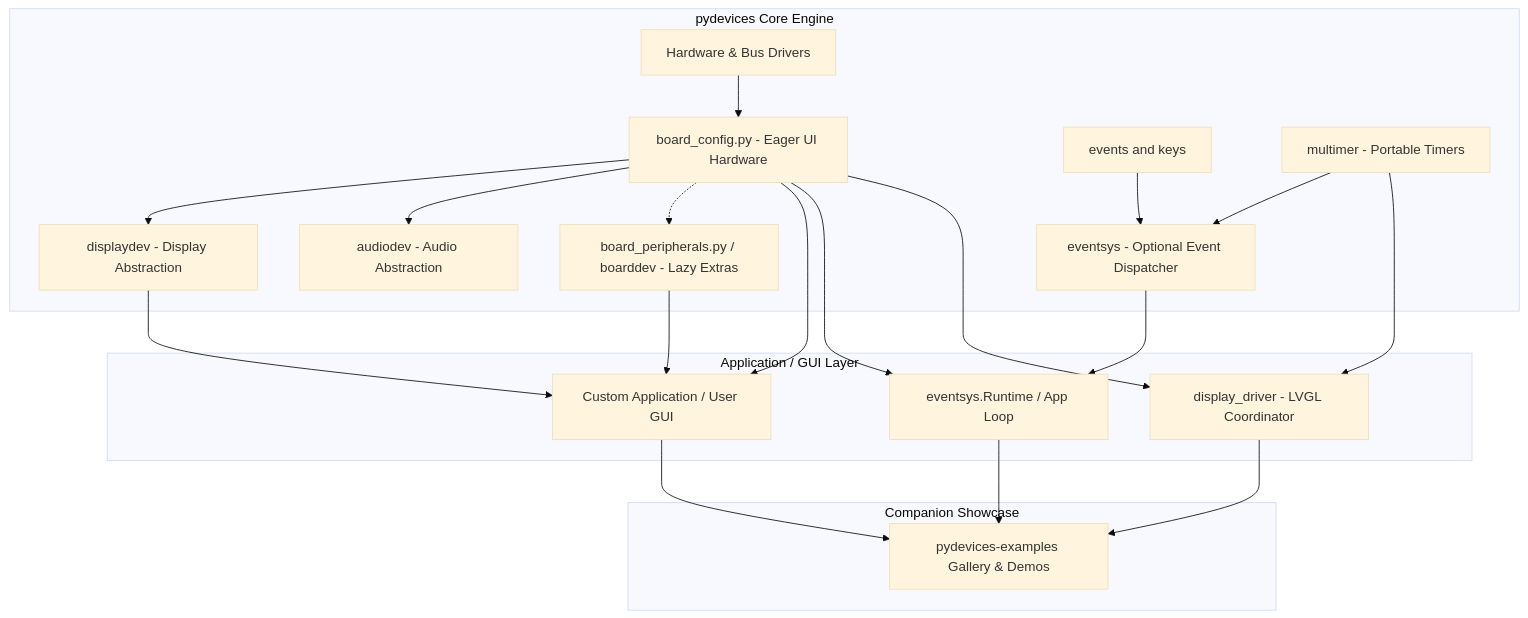
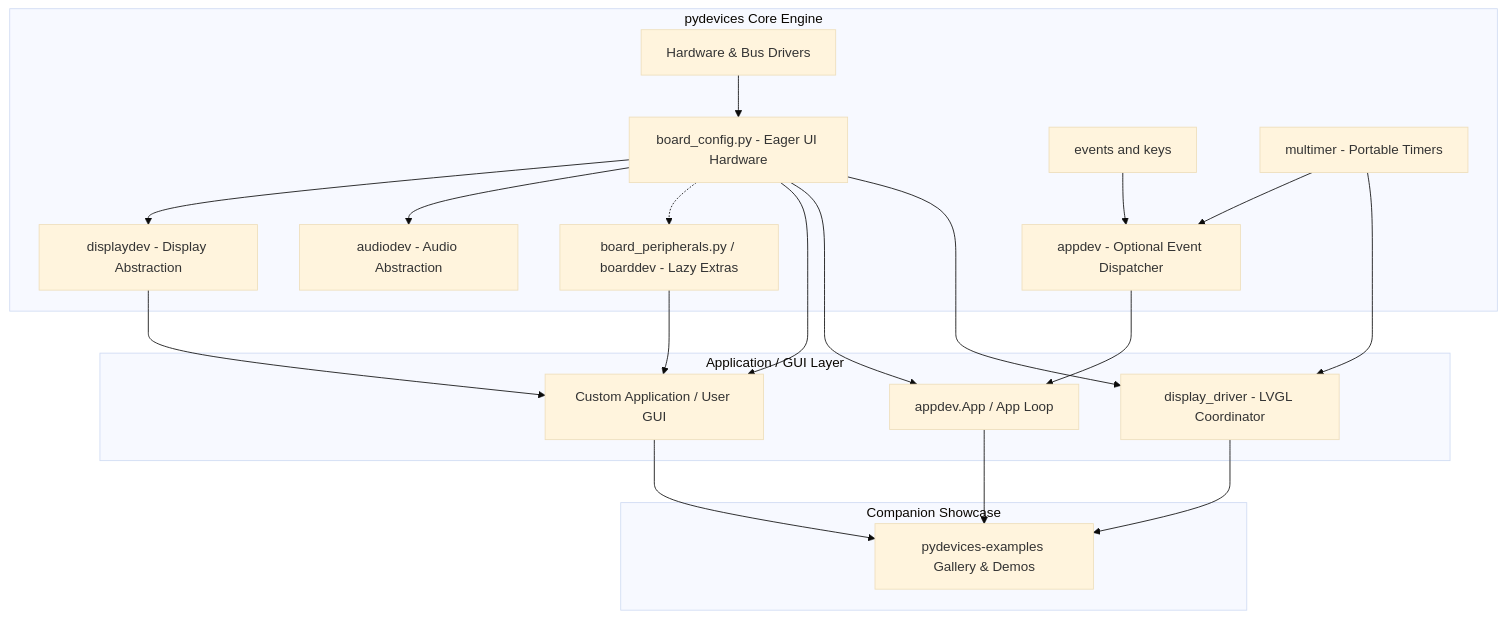
Before and after one commit to PyDevices/micropython-hardware: the diagram in docs/architecture.md, drawn with Mermaid (base theme). The commit also changed other lines of this file and 110 other files, not shown here.

Commit message:
feat: replace eventsys runtime with appdev

````diff
--- a/docs/architecture.md
+++ b/docs/architecture.md
@@ -9,41 +9,41 @@
 ```mermaid
 flowchart TB
   subgraph product [pydevices Core Engine]
     BC[board_config.py - Eager UI Hardware]
     BP[board_peripherals.py / boarddev - Lazy Extras]
     DD[displaydev - Display Abstraction]
     AD[audiodev - Audio Abstraction]
     EV[events and keys]
     MT[multimer - Portable Timers]
-    ES[eventsys - Optional Event Dispatcher]
+    ES[appdev - Optional Event Dispatcher]
     DR[Hardware & Bus Drivers]
   end
   subgraph app [Application / GUI Layer]
     APP[Custom Application / User GUI]
-    AR[eventsys.Runtime / App Loop]
+    AR[appdev.App / App Loop]
     LR[display_driver - LVGL Coordinator]
   end
   subgraph showcase [Companion Showcase]
     EX[pydevices-examples Gallery & Demos]
   end
 
   DR --> BC
   BC --> DD
   BC --> AD
   BC -.-> BP
   EV --> ES
   MT --> ES
 
   BC --> APP
   DD --> APP
   BP --> APP
 
   BC --> AR
   ES --> AR
   BC --> LR
   MT --> LR
 
   APP --> EX
   AR --> EX
   LR --> EX
 ```
````
